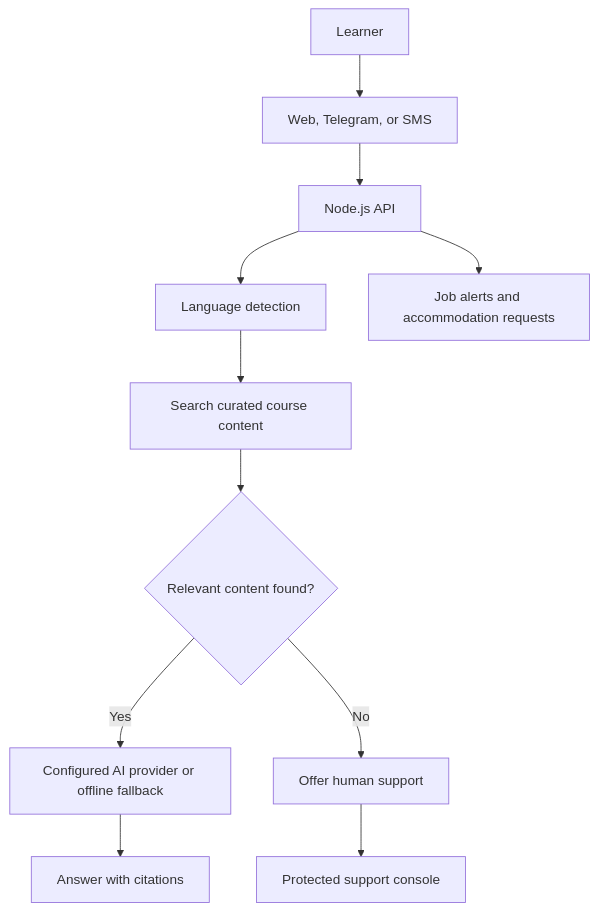
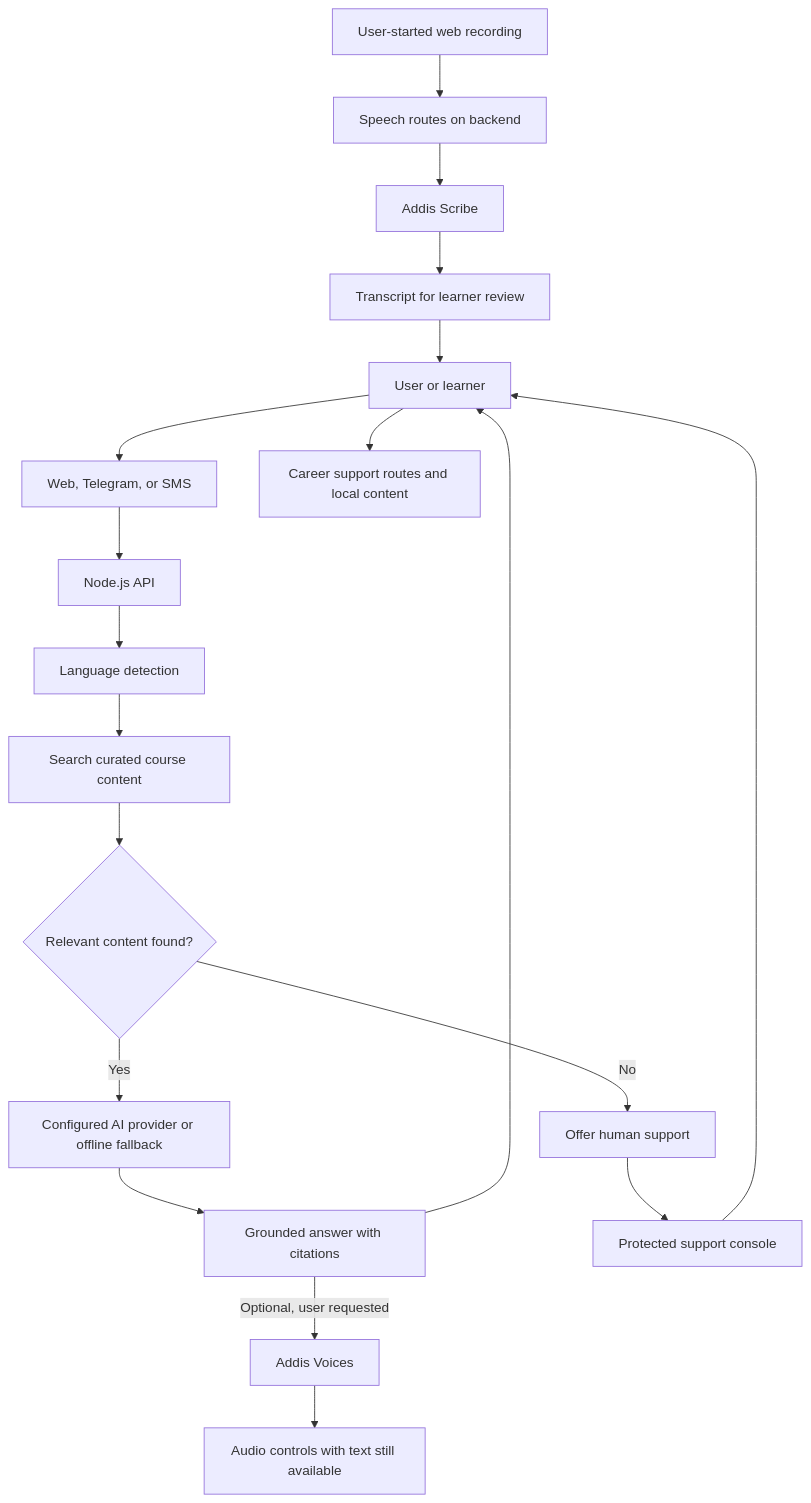
The diagram in README.md (lemma2124/Inclusive), drawn with Mermaid before and after one commit. The commit also changed other lines of this file and 14 other files, not shown here.

````diff
--- a/README.md
+++ b/README.md
@@ -38,13 +113,21 @@
 ```mermaid
 flowchart TD
-  Learner --> Channel[Web, Telegram, or SMS]
-  Channel --> API[Node.js API]
-  API --> Detect[Language detection]
-  Detect --> Search[Search curated course content]
-  Search --> Match{Relevant content found?}
-  Match -->|Yes| Provider[Configured AI provider or offline fallback]
-  Provider --> Answer[Answer with citations]
-  Match -->|No| Handoff[Offer human support]
-  Handoff --> Agent[Protected support console]
-  API --> Career[Job alerts and accommodation requests]
+    User[User or learner] --> Channel[Web, Telegram, or SMS]
+    Channel --> Backend[Node.js API]
+    Backend --> Lang[Language detection]
+    Lang --> Retrieval[Search curated course content]
+    Retrieval --> Match{Relevant content found?}
+    Match -->|Yes| Provider[Configured AI provider or offline fallback]
+    Provider --> Answer[Grounded answer with citations]
+    Answer --> User
+    Match -->|No| Handoff[Offer human support]
+    Handoff --> Agent[Protected support console]
+    Agent --> User
+    User --> Career[Career support routes and local content]
+    WebMic[User-started web recording] --> SpeechAPI[Speech routes on backend]
+    SpeechAPI --> Scribe[Addis Scribe]
+    Scribe --> Transcript[Transcript for learner review]
+    Transcript --> User
+    Answer -->|Optional, user requested| Voices[Addis Voices]
+    Voices --> Audio[Audio controls with text still available]
 ```
````
